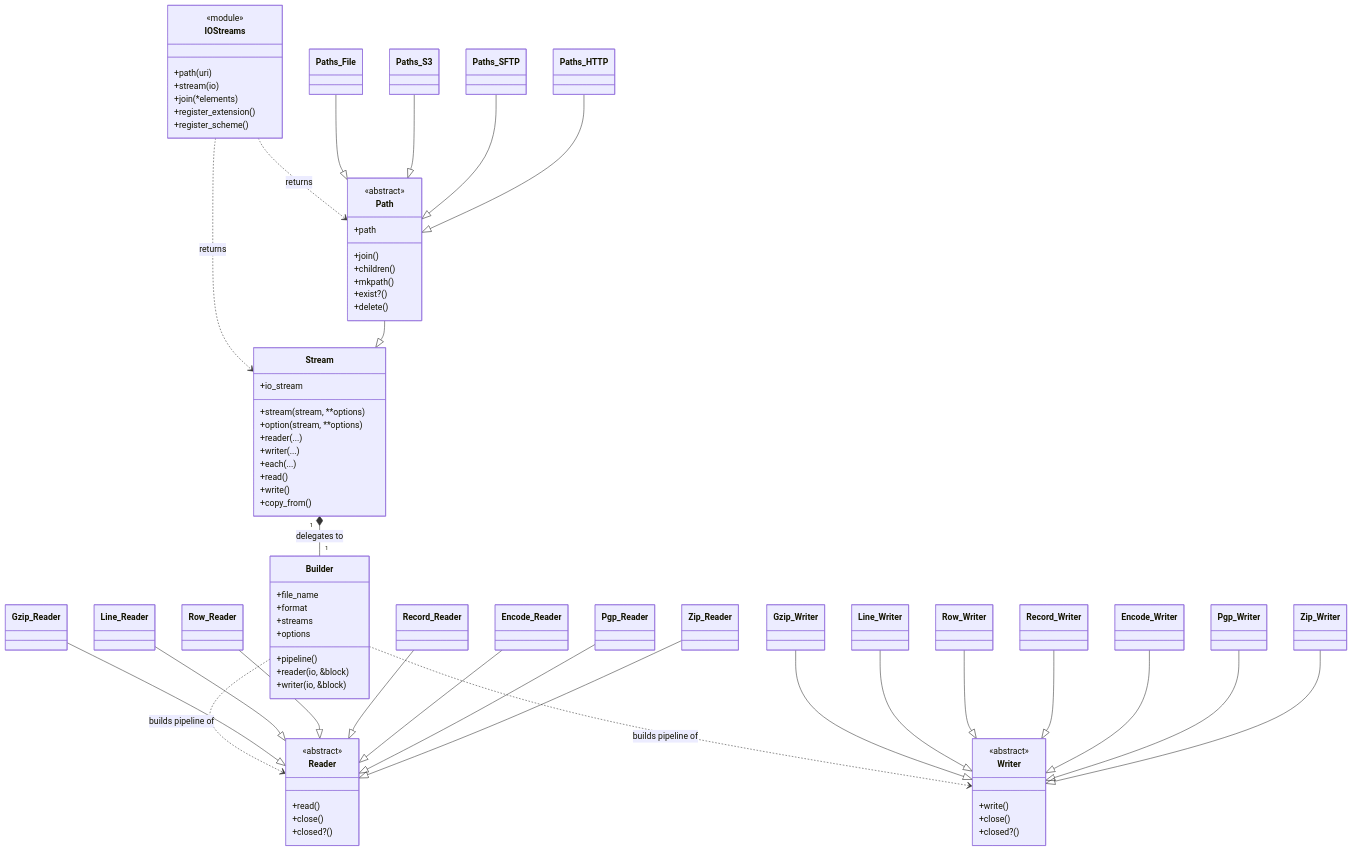
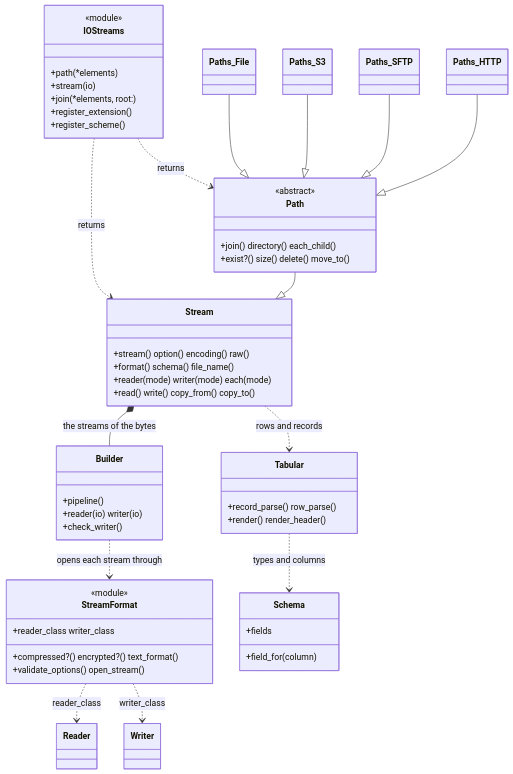
The diagram in CONTRIBUTING.md (reidmorrison/iostreams), drawn with Mermaid before and after one commit. The commit also changed other lines of this file and 6 other files, not shown here.

````diff
--- a/CONTRIBUTING.md
+++ b/CONTRIBUTING.md
@@ -245,84 +161,54 @@
 classDiagram
     class IOStreams {
         <<module>>
-        +path(uri)
+        +path(*elements)
         +stream(io)
-        +join(*elements)
+        +join(*elements, root:)
         +register_extension()
         +register_scheme()
     }
-
     class Stream {
-        +io_stream
-        +stream(stream, **options)
-        +option(stream, **options)
-        +reader(...)
-        +writer(...)
-        +each(...)
-        +read()
-        +write()
-        +copy_from()
+        +stream() option() encoding() raw()
+        +format() schema() file_name()
+        +reader(mode) writer(mode) each(mode)
+        +read() write() copy_from() copy_to()
     }
-
     class Path {
         <<abstract>>
-        +path
-        +join()
-        +children()
-        +mkpath()
-        +exist?()
-        +delete()
+        +join() directory() each_child()
+        +exist?() size() delete() move_to()
     }
-
     class Builder {
-        +file_name
-        +format
-        +streams
-        +options
         +pipeline()
-        +reader(io, &block)
-        +writer(io, &block)
+        +reader(io) writer(io)
+        +check_writer()
     }
-
-    class Reader {
-        <<abstract>>
-        +read()
-        +close()
-        +closed?()
+    class StreamFormat {
+        <<module>>
+        +reader_class writer_class
+        +compressed?() encrypted?() text_format()
+        +validate_options() open_stream()
     }
-
-    class Writer {
-        <<abstract>>
-        +write()
-        +close()
-        +closed?()
+    class Tabular {
+        +record_parse() row_parse()
+        +render() render_header()
+    }
+    class Schema {
+        +fields
+        +field_for(column)
     }
 
     IOStreams ..> Stream : returns
     IOStreams ..> Path : returns
-    Stream "1" *-- "1" Builder : delegates to
     Path --|> Stream
     Paths_File --|> Path
     Paths_S3 --|> Path
     Paths_SFTP --|> Path
     Paths_HTTP --|> Path
-
-    Builder ..> Reader : builds pipeline of
-    Builder ..> Writer : builds pipeline of
-
-    Gzip_Reader --|> Reader
-    Line_Reader --|> Reader
-    Row_Reader --|> Reader
-    Record_Reader --|> Reader
-    Encode_Reader --|> Reader
-    Pgp_Reader --|> Reader
-    Zip_Reader --|> Reader
-
-    Gzip_Writer --|> Writer
-    Line_Writer --|> Writer
-    Row_Writer --|> Writer
-    Record_Writer --|> Writer
-    Encode_Writer --|> Writer
-    Pgp_Writer --|> Writer
-    Zip_Writer --|> Writer
+    Stream *-- Builder : the streams of the bytes
+    Stream ..> Tabular : rows and records
+    Builder ..> StreamFormat : opens each stream through
+    StreamFormat ..> Reader : reader_class
+    StreamFormat ..> Writer : writer_class
+    Tabular ..> Schema : types and columns
 ```
````
